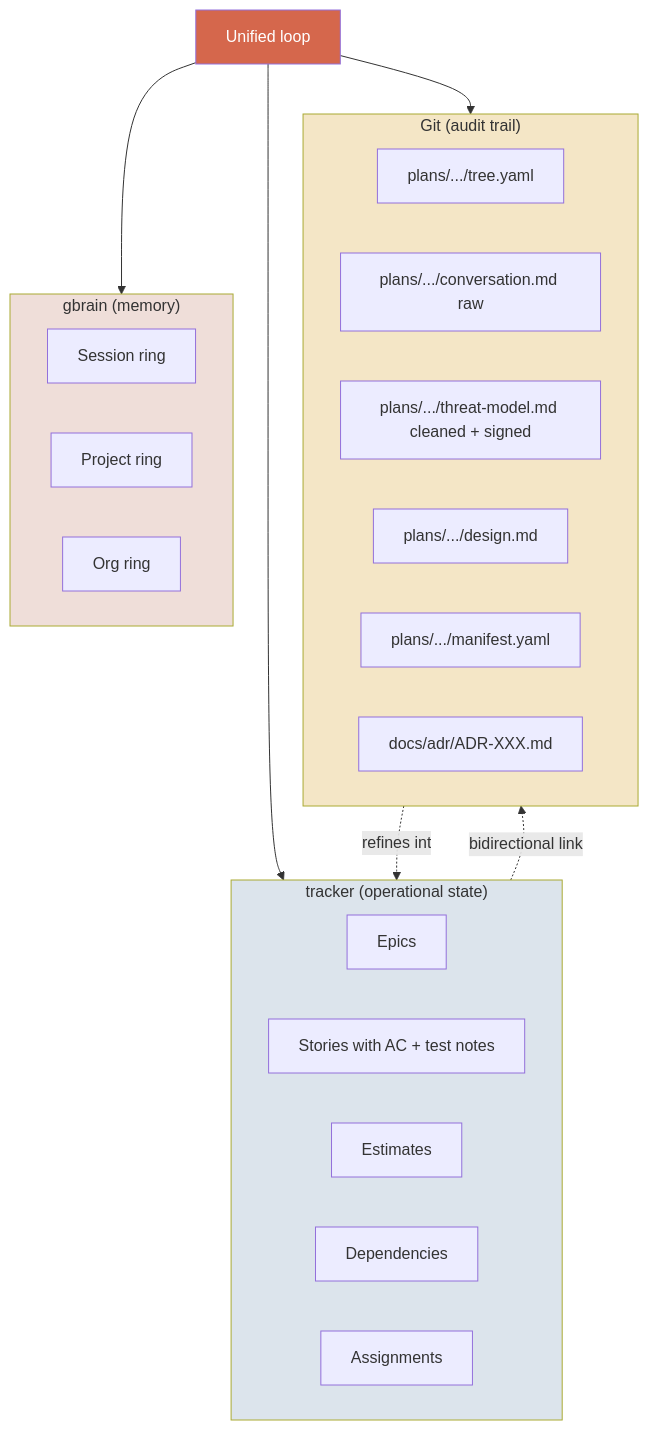
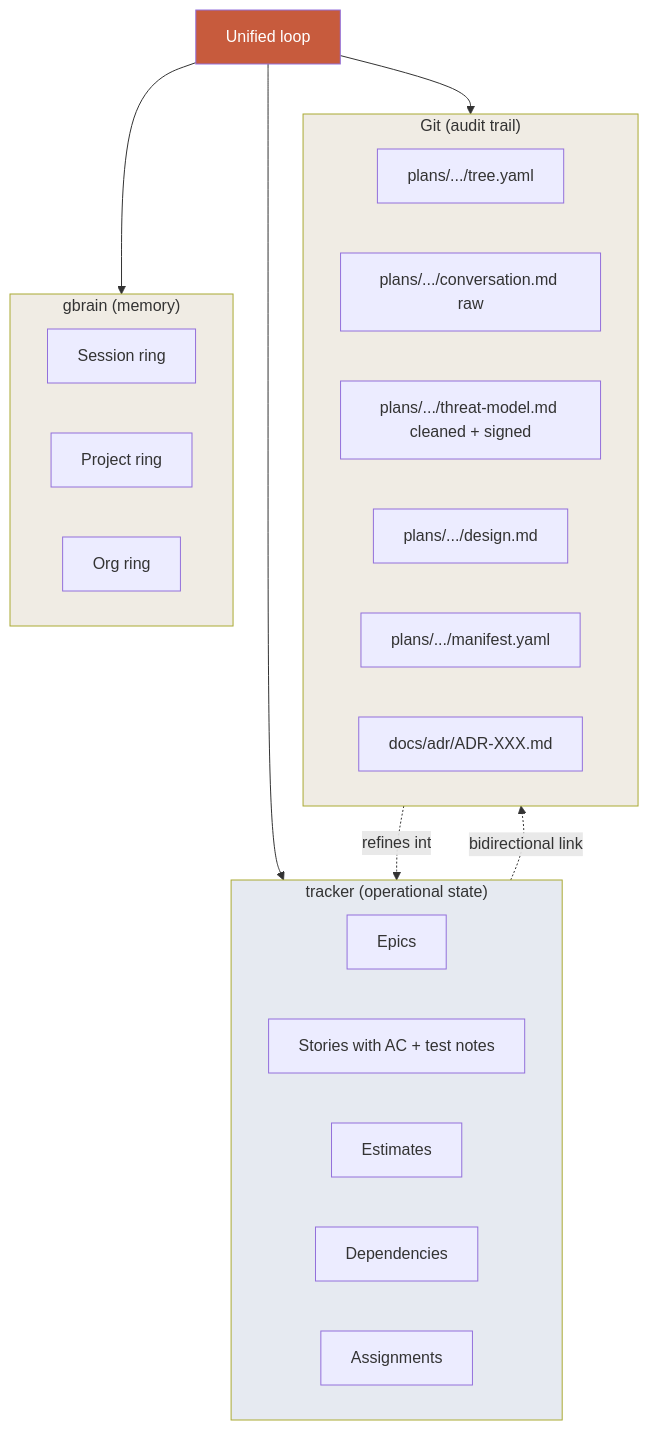
One commit to nlawstudio/ai-refinement-method changed diagram 17 of 17 in METHOD.md. Above: the diagram before and after it, drawn with Mermaid. The commit also changed other lines of this file and 4 other files, not shown here.

````diff
--- a/METHOD.md
+++ b/METHOD.md
@@ -1066,37 +1066,37 @@
 ```mermaid
 flowchart TB
     subgraph tracker["tracker (operational state)"]
         L1[Epics]
         L2[Stories with AC + test notes]
         L3[Estimates]
         L4[Dependencies]
         L5[Assignments]
     end
 
     subgraph Git["Git (audit trail)"]
         G1[plans/.../tree.yaml]
         G2[plans/.../conversation.md raw]
         G3[plans/.../threat-model.md cleaned + signed]
         G4[plans/.../design.md]
         G5[plans/.../manifest.yaml]
         G6[docs/adr/ADR-XXX.md]
     end
 
     subgraph gbrain["gbrain (memory)"]
         GB1[Session ring]
         GB2[Project ring]
         GB3[Org ring]
     end
 
     Loop[Unified loop] --> tracker
     Loop --> Git
     Loop --> gbrain
 
     tracker -.bidirectional link.-> Git
     Git -.refines into.-> tracker
 
-    style Loop fill:#D5674C,color:#fff
-    style tracker fill:#DCE4EC
-    style Git fill:#F4E6C6
-    style gbrain fill:#EFDED9
+    style Loop fill:#C75B3D,color:#fff
+    style tracker fill:#E6EAF1
+    style Git fill:#F0ECE4
+    style gbrain fill:#F0ECE4
 ```
````
